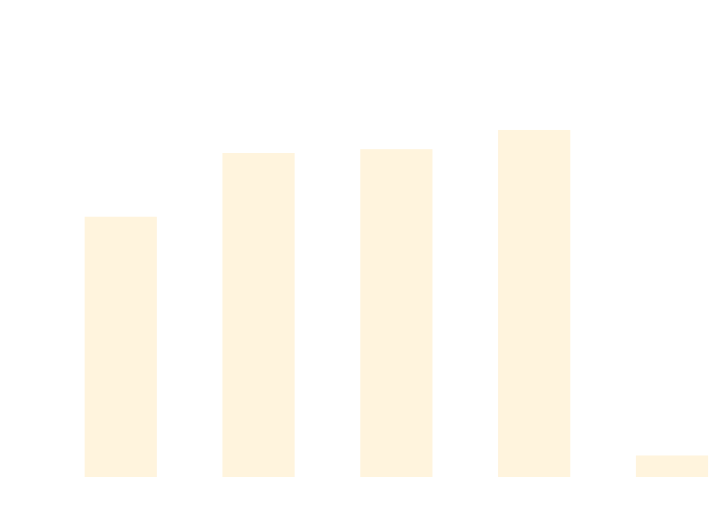
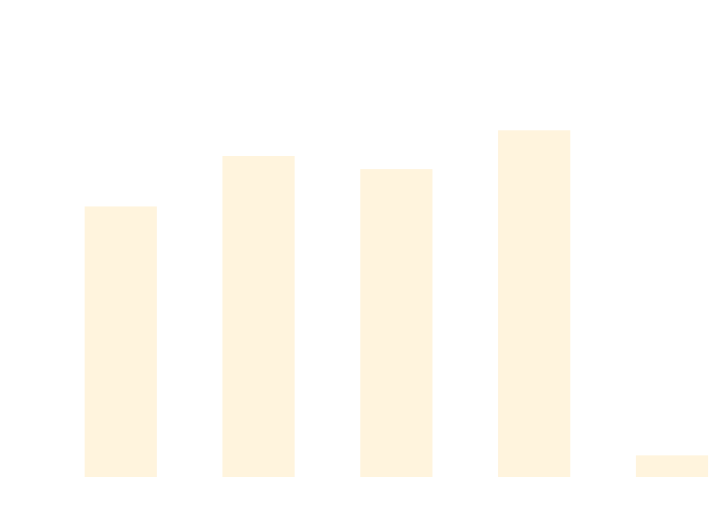
Before and after one commit to thomhurst/TUnit: the diagram in docs/docs/benchmarks/DataDrivenTests.md, drawn with Mermaid. The commit also changed other lines of this file and 17 other files, not shown here.

````diff
--- a/docs/docs/benchmarks/DataDrivenTests.md
+++ b/docs/docs/benchmarks/DataDrivenTests.md
@@ -27,37 +27,37 @@
 ```mermaid
 %%{init: {
   'theme':'base',
   'themeVariables': {
     'primaryColor': '#2563eb',
     'primaryTextColor': '#ffffff',
     'primaryBorderColor': '#1e40af',
     'lineColor': '#6b7280',
     'secondaryColor': '#7c3aed',
     'tertiaryColor': '#dc2626',
     'background': '#ffffff',
     'mainBkg': '#2563eb',
     'secondBkg': '#7c3aed',
     'tertiaryBkg': '#dc2626',
     'clusterBkg': '#f3f4f6',
     'edgeLabelBackground': '#ffffff',
     'tertiaryTextColor': '#1f2937',
     'pie1': '#2563eb',
     'pie2': '#7c3aed',
     'pie3': '#dc2626',
     'pie4': '#f59e0b',
     'pie5': '#10b981',
     'pie6': '#06b6d4',
     'pie7': '#ec4899',
     'pie8': '#6366f1',
     'pie9': '#84cc16',
     'pie10': '#f97316',
     'pie11': '#14b8a6',
     'pie12': '#a855f7'
   }
 }}%%
 xychart-beta
   title "DataDrivenTests Performance Comparison"
   x-axis ["TUnit", "NUnit", "MSTest", "xUnit3", "TUnit_AOT"]
-  y-axis "Time (ms)" 0 --> 753
-  bar [466.72, 584.61, 591.66, 627.28, 25.02]
+  y-axis "Time (ms)" 0 --> 732
+  bar [472.23, 562.98, 539.31, 609.17, 24.55]
 ```
````
